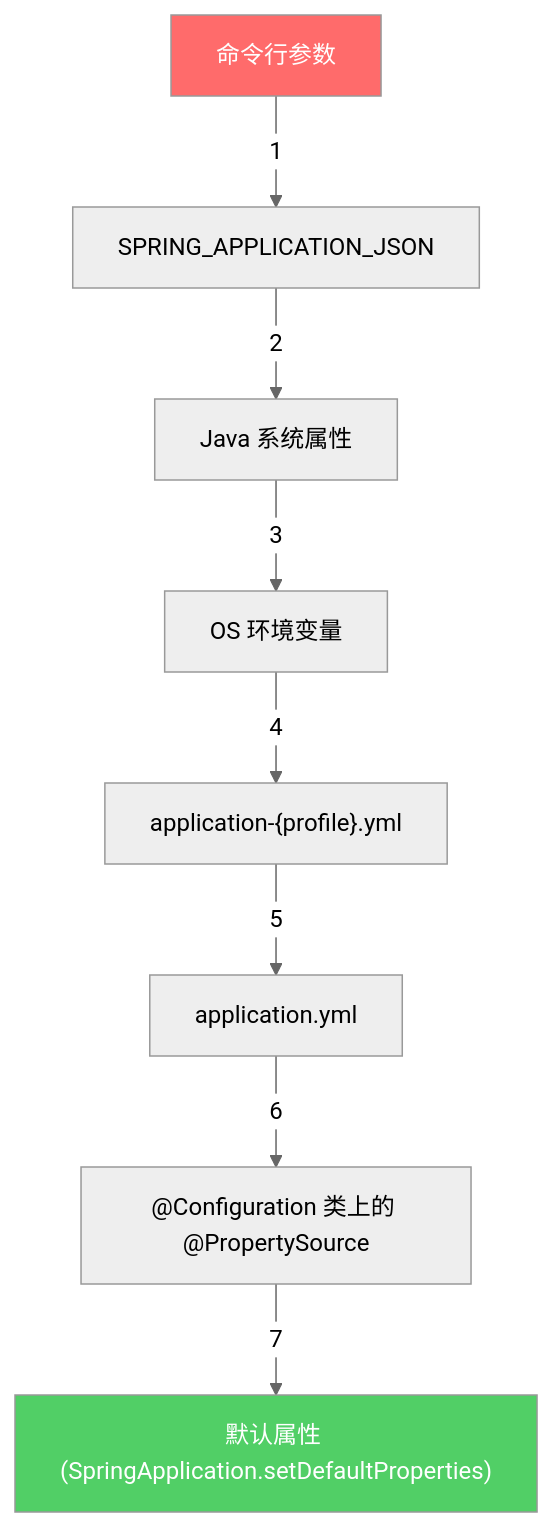
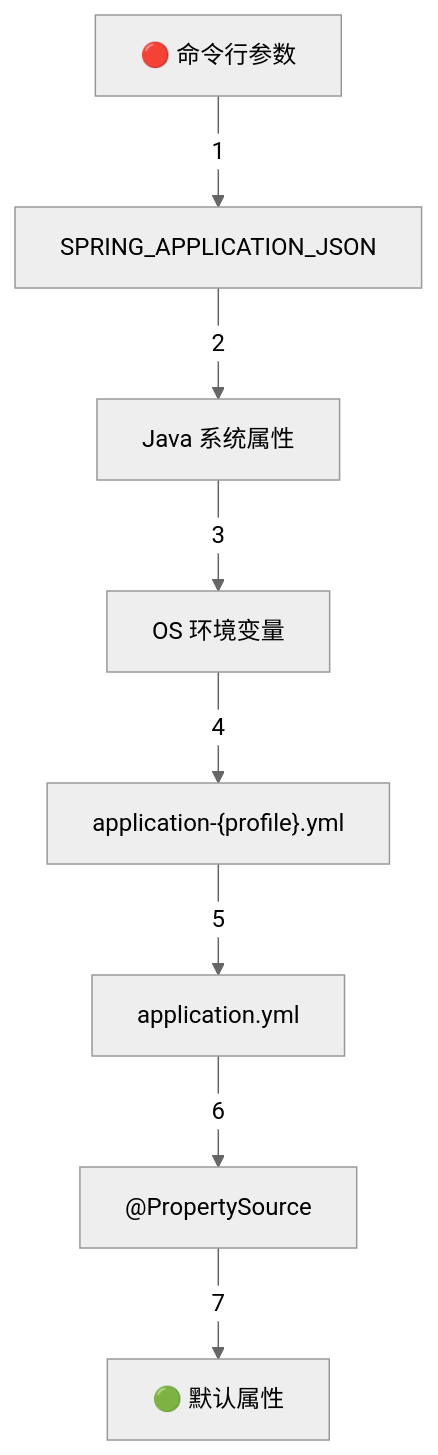
Before and after one commit to b1tzer/spring-world: the second of 2 diagrams in docs/01-spring-core/chapter-04-resource-env.md, drawn with Mermaid (neutral theme). The commit also changed other lines of this file and 3 other files, not shown here.

````diff
--- a/docs/01-spring-core/chapter-04-resource-env.md
+++ b/docs/01-spring-core/chapter-04-resource-env.md
@@ -422,13 +342,10 @@
 ```mermaid
 graph TD
-    A["命令行参数"] -->|1| B["SPRING_APPLICATION_JSON"]
+    A["🔴 命令行参数"] -->|1| B["SPRING_APPLICATION_JSON"]
     B -->|2| C["Java 系统属性"]
     C -->|3| D["OS 环境变量"]
     D -->|4| E["application-{profile}.yml"]
     E -->|5| F["application.yml"]
-    F -->|6| G["@Configuration 类上的 @PropertySource"]
-    G -->|7| H["默认属性 (SpringApplication.setDefaultProperties)"]
-
-    style A fill:#ff6b6b,color:#fff
-    style H fill:#51cf66,color:#fff
+    F -->|6| G["@PropertySource"]
+    G -->|7| H["🟢 默认属性"]
 ```
````
